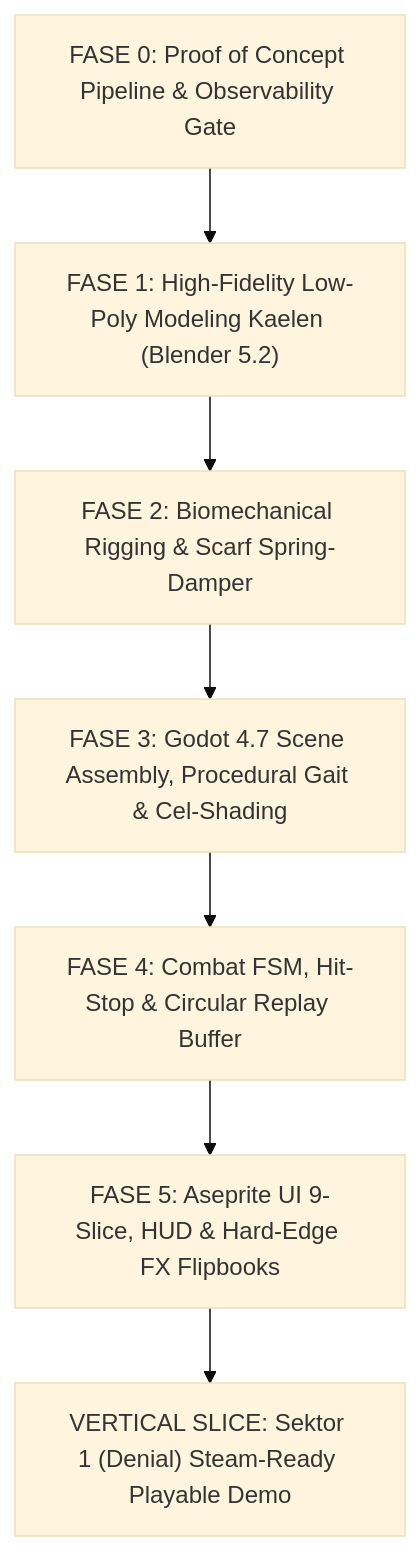
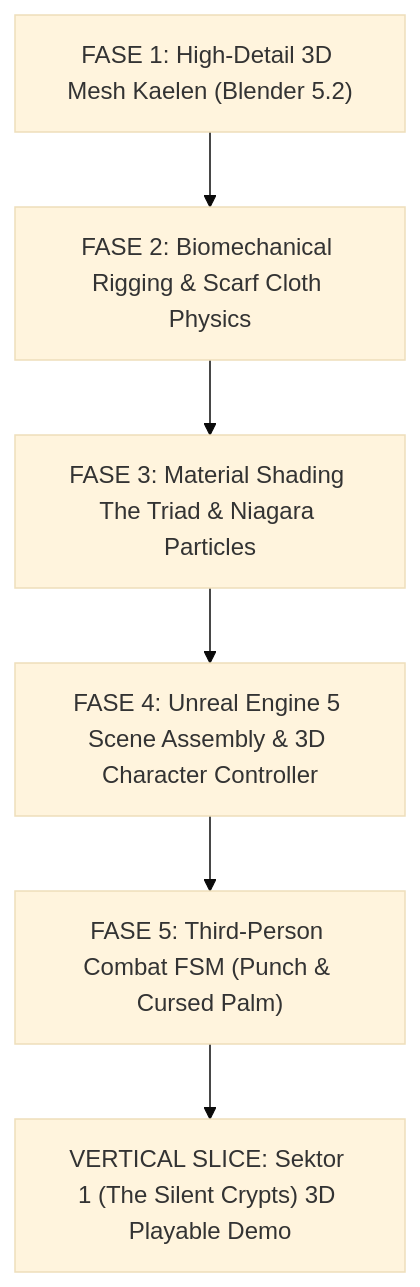
The diagram in AGENTS.md (adityaairlangga12/lentera-pudar-legacy-pre-r7), drawn with Mermaid (base theme) before and after one commit. The commit also changed other lines of this file and 71 other files, not shown here.

Commit message:
chore(purge-2d): execute total purge of obsolete 2D pixel art assets, scripts, and skills; officially pivot master architecture to 3D Action RPG (Unreal Engine 5 + Blender 5.2 LTS)

````diff
--- a/AGENTS.md
+++ b/AGENTS.md
@@ -249,12 +85,11 @@
 ```mermaid
 flowchart TD
-    F0["FASE 0: Proof of Concept Pipeline & Observability Gate"]
-    F1["FASE 1: High-Fidelity Low-Poly Modeling Kaelen (Blender 5.2)"]
-    F2["FASE 2: Biomechanical Rigging & Scarf Spring-Damper"]
-    F3["FASE 3: Godot 4.7 Scene Assembly, Procedural Gait & Cel-Shading"]
-    F4["FASE 4: Combat FSM, Hit-Stop & Circular Replay Buffer"]
-    F5["FASE 5: Aseprite UI 9-Slice, HUD & Hard-Edge FX Flipbooks"]
-    VS["VERTICAL SLICE: Sektor 1 (Denial) Steam-Ready Playable Demo"]
+    F1["FASE 1: High-Detail 3D Mesh Kaelen (Blender 5.2)"]
+    F2["FASE 2: Biomechanical Rigging & Scarf Cloth Physics"]
+    F3["FASE 3: Material Shading The Triad & Niagara Particles"]
+    F4["FASE 4: Unreal Engine 5 Scene Assembly & 3D Character Controller"]
+    F5["FASE 5: Third-Person Combat FSM (Punch & Cursed Palm)"]
+    VS["VERTICAL SLICE: Sektor 1 (The Silent Crypts) 3D Playable Demo"]
 
-    F0 --> F1 --> F2 --> F3 --> F4 --> F5 --> VS
+    F1 --> F2 --> F3 --> F4 --> F5 --> VS
 ```
````
